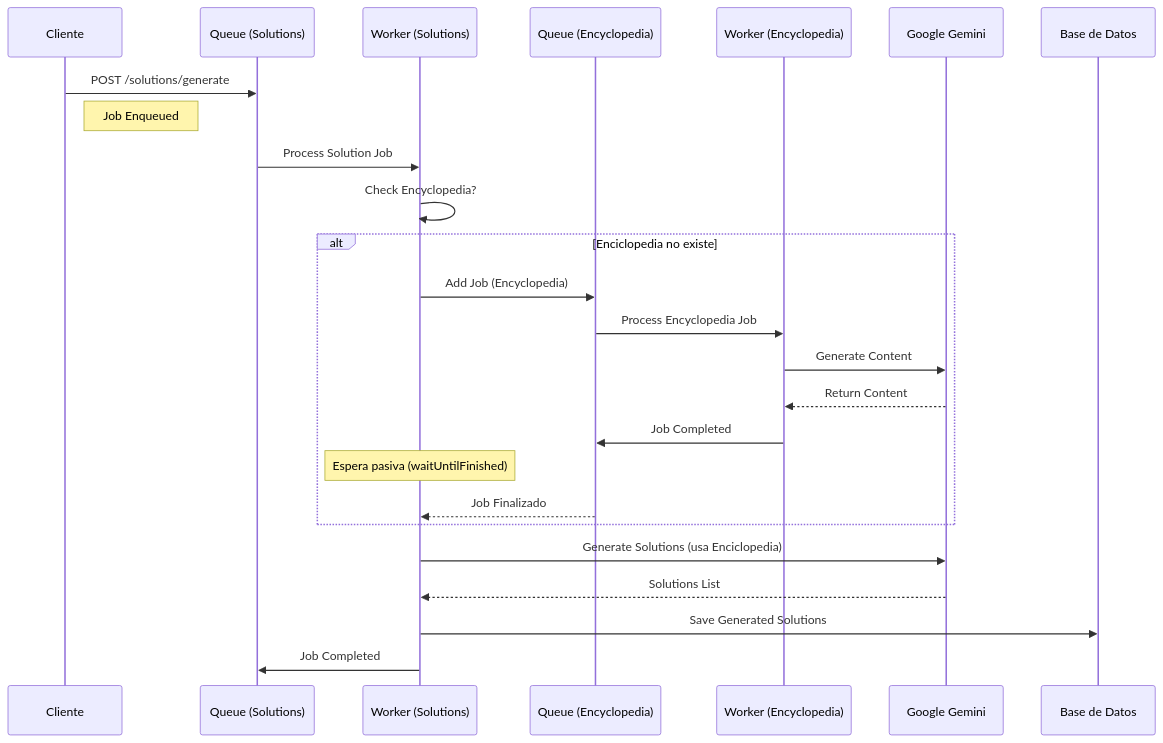
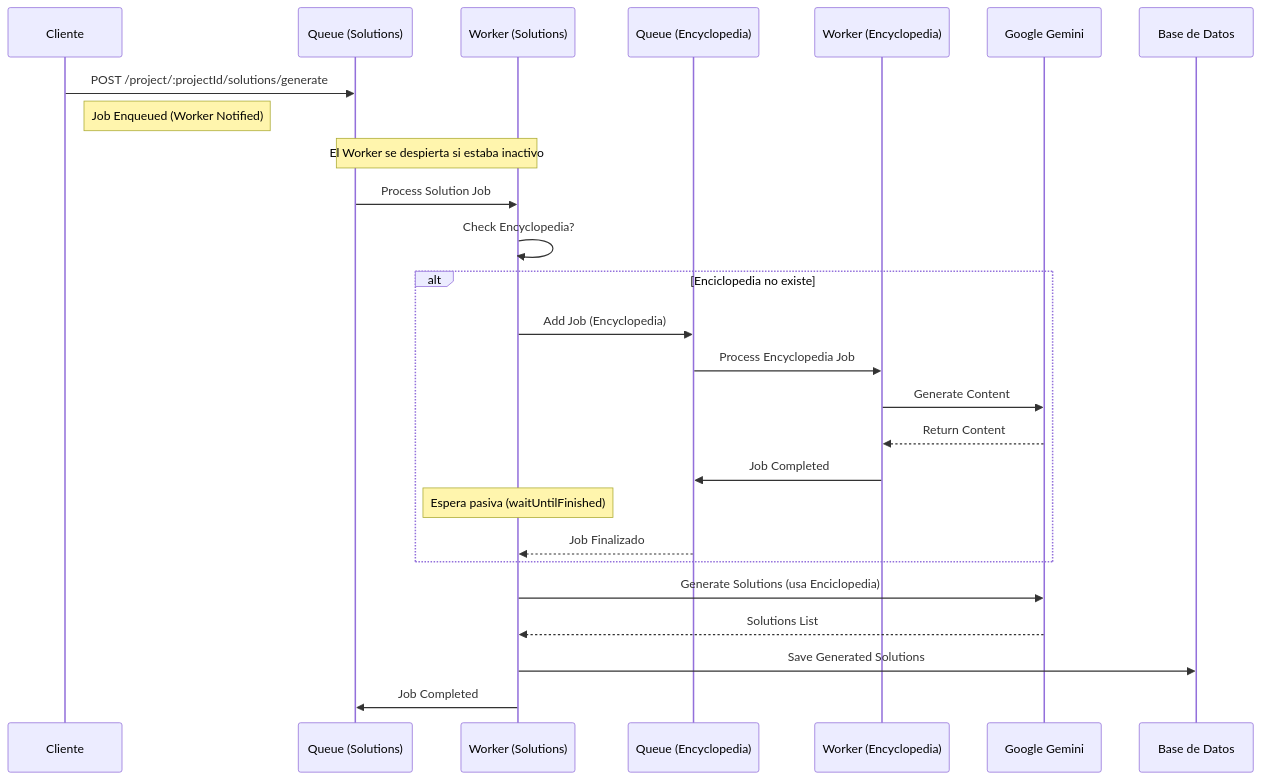
One commit to austral-worldbuilding-lab/back changed the second of 2 diagrams in docs/DEVELOPER_MANUAL.md. Above: the diagram before and after it, drawn with Mermaid. The commit also changed other lines of this file, not shown here.

````diff
--- a/docs/DEVELOPER_MANUAL.md
+++ b/docs/DEVELOPER_MANUAL.md
@@ -367,31 +372,32 @@
 ```mermaid
 sequenceDiagram
     participant User as Cliente
     participant Q_SOL as Queue (Solutions)
     participant W_SOL as Worker (Solutions)
     participant Q_ENC as Queue (Encyclopedia)
     participant W_ENC as Worker (Encyclopedia)
     participant AI as Google Gemini
     participant DB as Base de Datos
 
-    User->>Q_SOL: POST /solutions/generate
-    Note right of User: Job Enqueued
+    User->>Q_SOL: POST /project/:projectId/solutions/generate
+    Note right of User: Job Enqueued (Worker Notified)
     
+    Note over Q_SOL,W_SOL: El Worker se despierta si estaba inactivo
     Q_SOL->>W_SOL: Process Solution Job
     W_SOL->>W_SOL: Check Encyclopedia?
     
     alt Enciclopedia no existe
         W_SOL->>Q_ENC: Add Job (Encyclopedia)
         Q_ENC->>W_ENC: Process Encyclopedia Job
         W_ENC->>AI: Generate Content
         AI-->>W_ENC: Return Content
         W_ENC->>Q_ENC: Job Completed
         Note over W_SOL: Espera pasiva (waitUntilFinished)
         Q_ENC-->>W_SOL: Job Finalizado
     end
 
     W_SOL->>AI: Generate Solutions (usa Enciclopedia)
     AI-->>W_SOL: Solutions List
     W_SOL->>DB: Save Generated Solutions
     W_SOL->>Q_SOL: Job Completed
 ```
````
